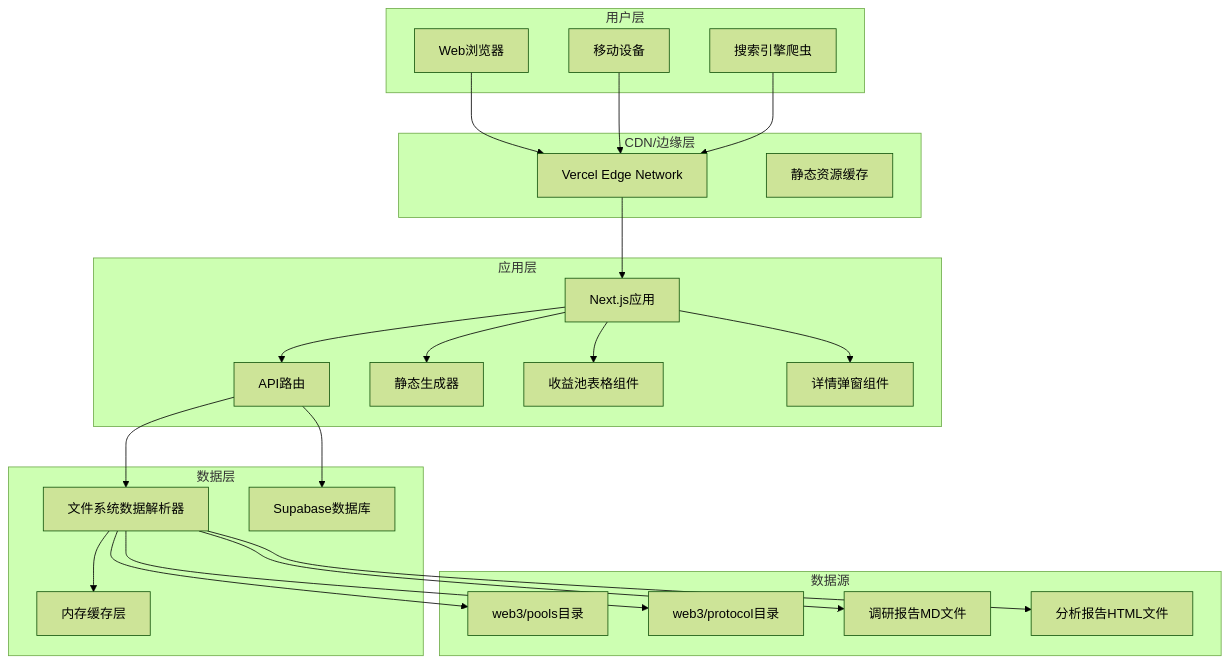
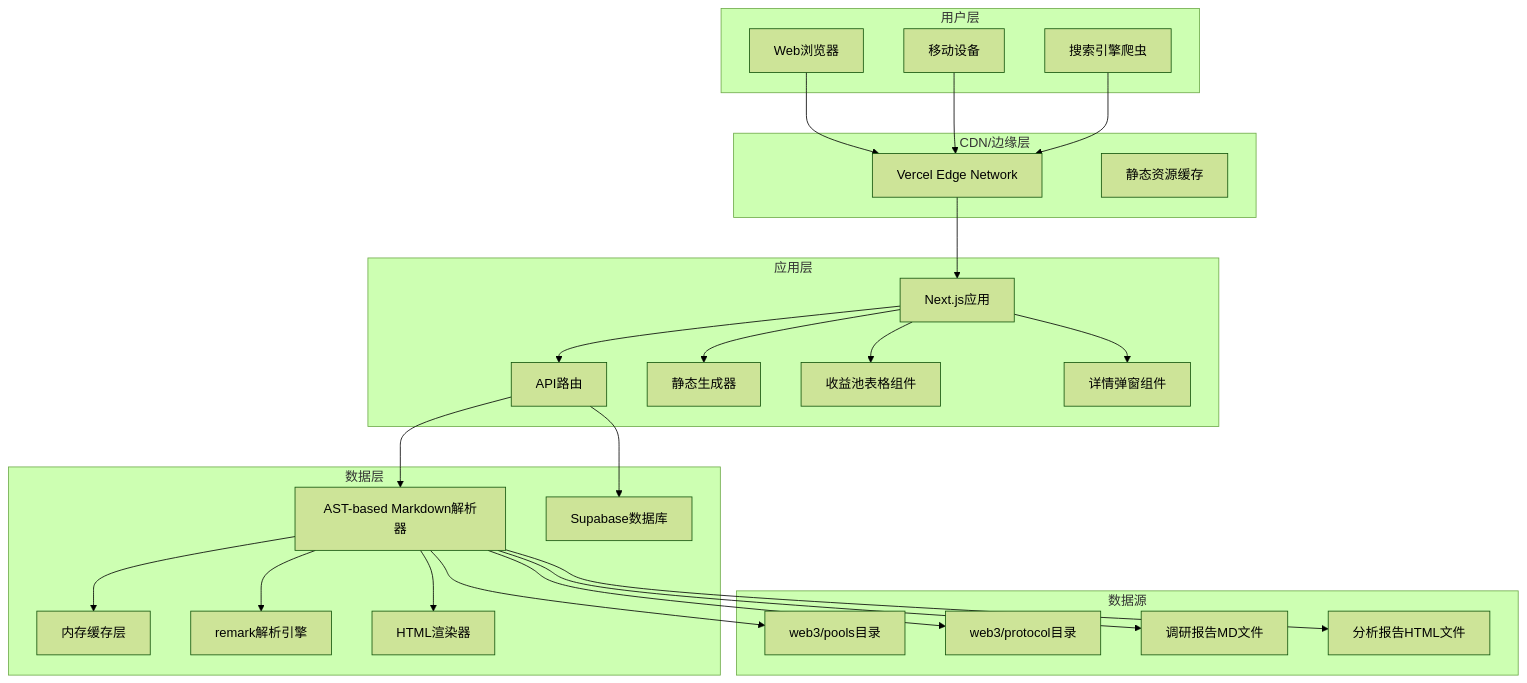
Before and after one commit to guantik-gm/defix: the diagram in docs/SYSTEM_DESIGN.md, drawn with Mermaid (forest theme). The commit also changed other lines of this file and 128 other files, not shown here.

````diff
--- a/docs/SYSTEM_DESIGN.md
+++ b/docs/SYSTEM_DESIGN.md
@@ -45,50 +51,54 @@
 ```mermaid
 graph TB
     subgraph "用户层"
         A[Web浏览器]
         B[移动设备]
         C[搜索引擎爬虫]
     end
     
     subgraph "CDN/边缘层"
         D[Vercel Edge Network]
         E[静态资源缓存]
     end
     
     subgraph "应用层"
         F[Next.js应用]
         G[API路由]
         H[静态生成器]
         I[收益池表格组件]
         J[详情弹窗组件]
     end
     
     subgraph "数据层"
-        K[文件系统数据解析器]
+        K[AST-based Markdown解析器]
         L[Supabase数据库]
         M[内存缓存层]
+        N1[remark解析引擎]
+        N2[HTML渲染器]
     end
     
     subgraph "数据源"
-        N[web3/pools目录]
-        O[web3/protocol目录]
-        P[调研报告MD文件]
-        Q[分析报告HTML文件]
+        O1[web3/pools目录]
+        O2[web3/protocol目录]
+        O3[调研报告MD文件]
+        O4[分析报告HTML文件]
     end
     
     A --> D
     B --> D
     C --> D
     D --> F
     F --> G
     F --> H
     F --> I
     F --> J
     G --> K
     G --> L
     K --> M
-    K --> N
-    K --> O
-    K --> P
-    K --> Q
+    K --> N1
+    K --> N2
+    K --> O1
+    K --> O2
+    K --> O3
+    K --> O4
 ```
````
